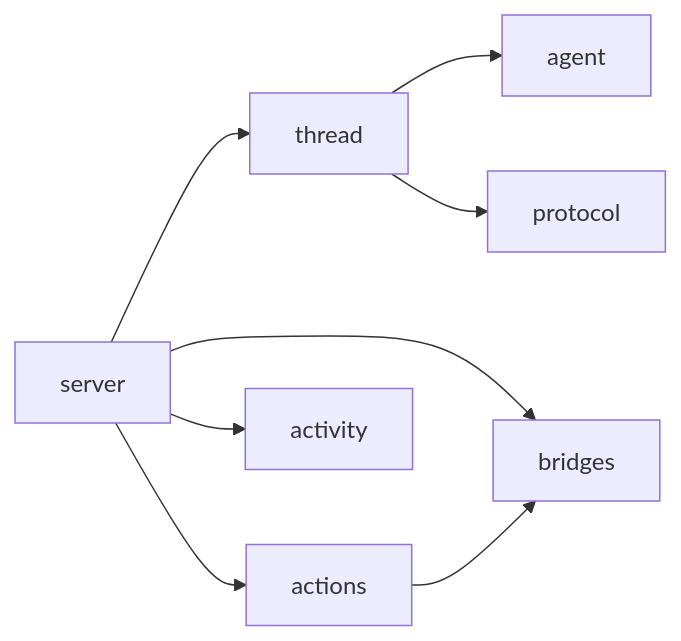
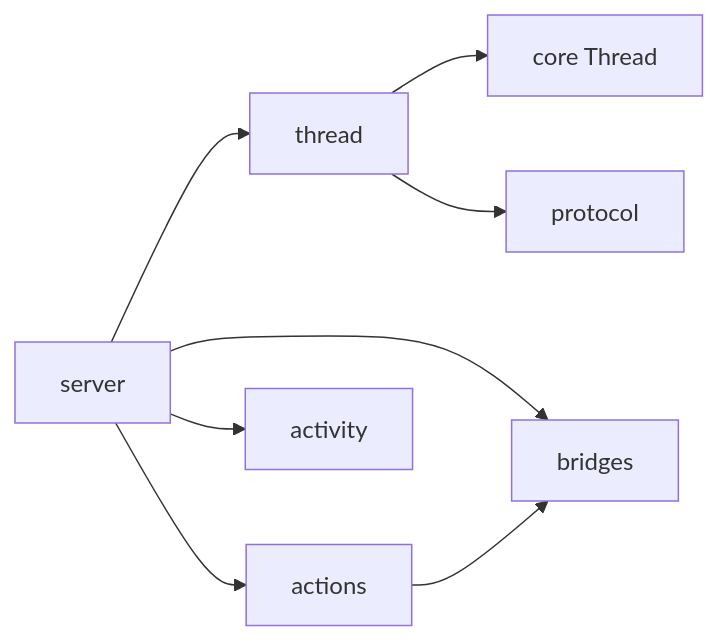
The diagram in apps/agent-server/src/src.md (Lixuhang987/Wisp-Pocket), drawn with Mermaid before and after one commit. The commit also changed other lines of this file and 120 other files, not shown here.

````diff
--- a/apps/agent-server/src/src.md
+++ b/apps/agent-server/src/src.md
@@ -18,10 +18,10 @@
 ```mermaid
 flowchart LR
   S[server] --> T[thread]
   S --> A[actions]
   S --> B[bridges]
   S --> V[activity]
-  T --> G[agent]
+  T --> G[core Thread]
   T --> P[protocol]
   A --> B
 ```
````
